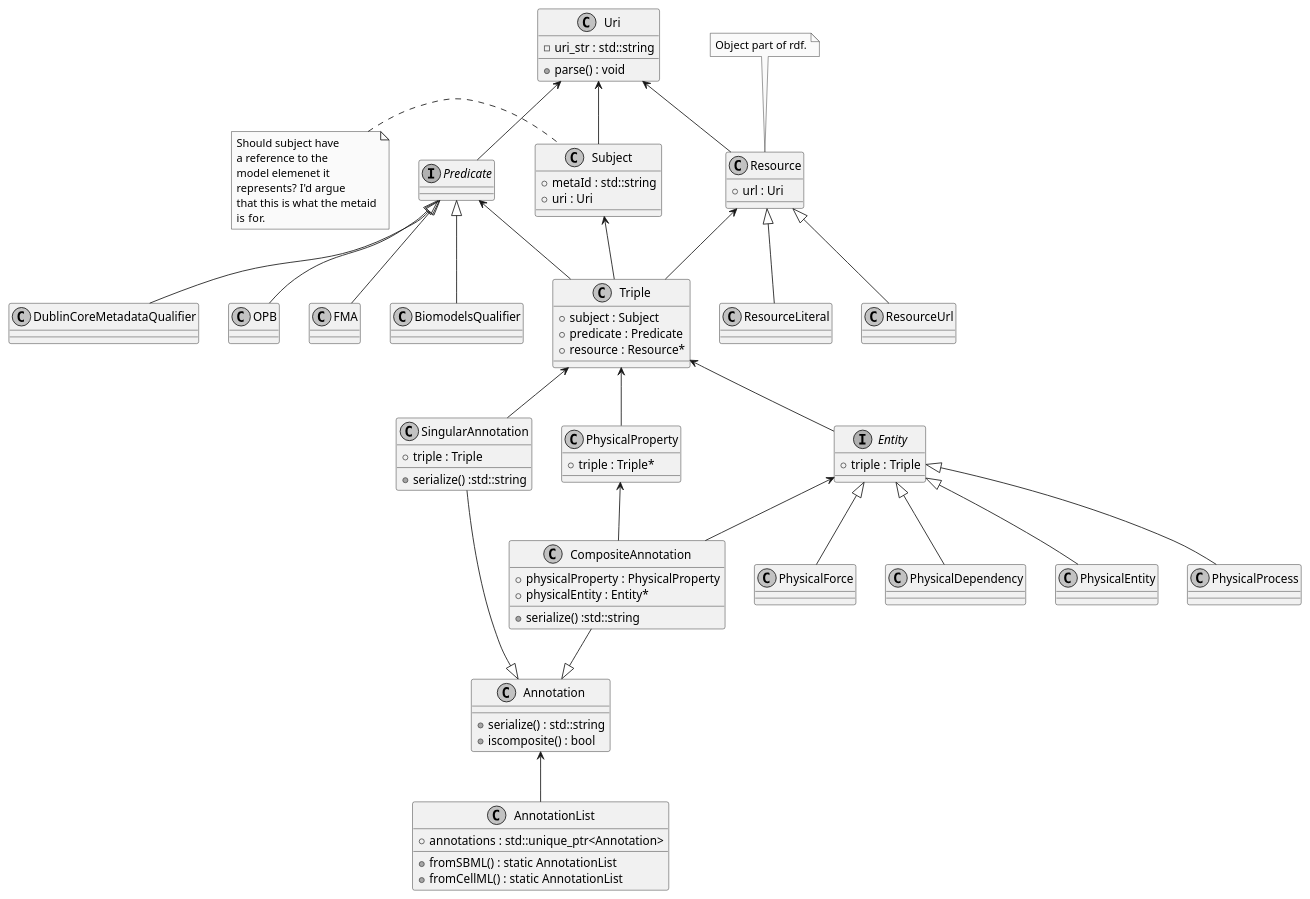
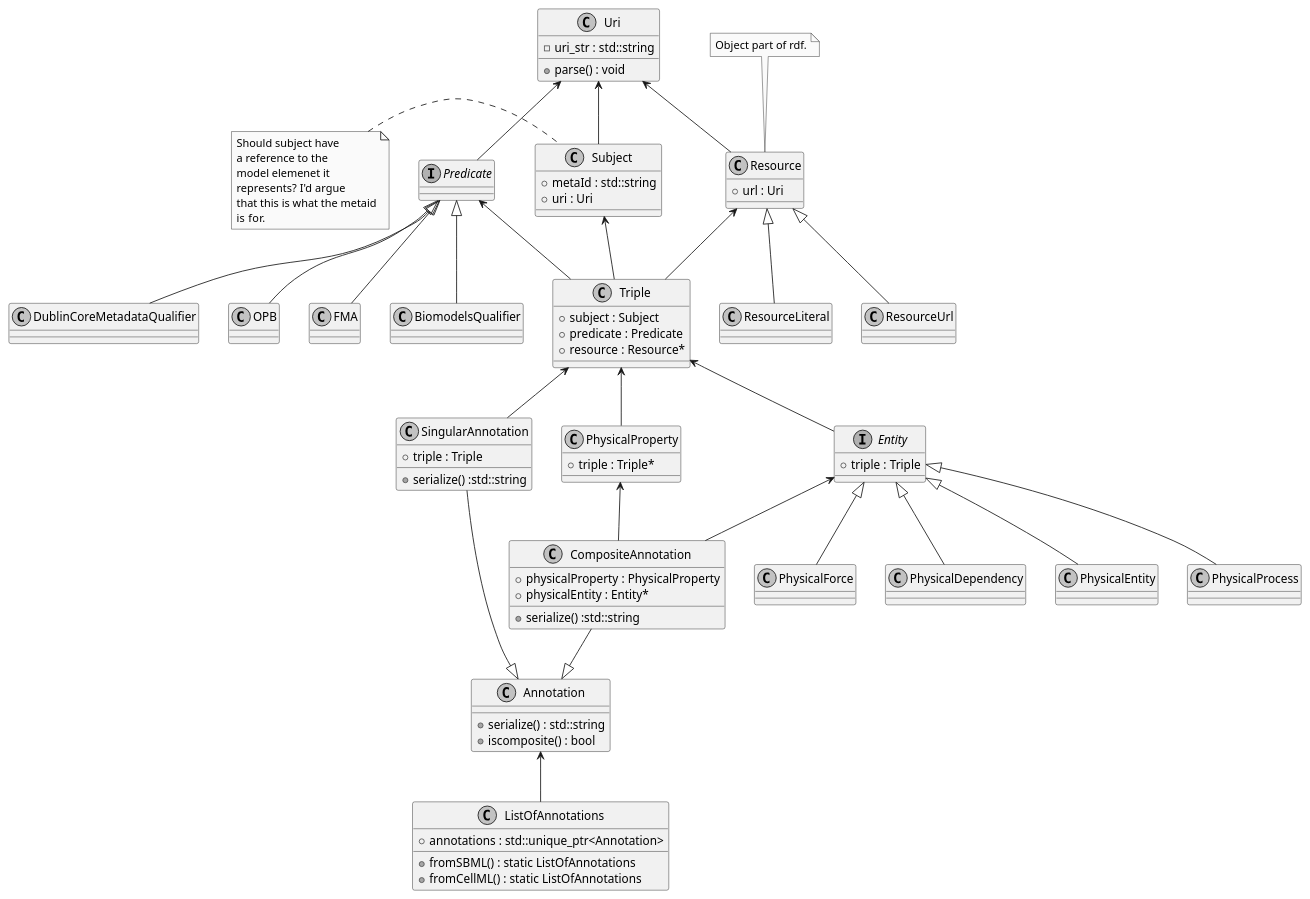
One commit to sys-bio/libOmexMeta changed the diagram in Design/CiaransDesign.puml. Above: the diagram before and after it, drawn with PlantUML. The commit also changed 94 other files, not shown here.

```diff
--- a/Design/CiaransDesign.puml
+++ b/Design/CiaransDesign.puml
@@ -1,163 +1,163 @@
 @startuml
 skinparam monochrome true
 
 'Base class for all annotations
 class Annotation {
     + serialize() : std::string
     + iscomposite() : bool
 }
 'Q) Conceptually, could we use an isa relationshop between singular annotation and Triple?
 
 'Should these be strings??
 'each attribute here should themselves be an annotation unit?
 'class ModelLevelAnnotation {
 '    + pubmedID : Triple
 '    + author : Triple
 '    + description : Triple
 '}
 '
 'Triple <-- ModelLevelAnnotation
 'SingularAnnotation <|-- ModelLevelAnnotation
 
 class SingularAnnotation {
     + triple : Triple
     + serialize() :std::string
 }
 
 'Not sure what type the physicalEntity / physicalProperty should have.
 'Not sure what the physicalEntity should be called.
 'From section 2.27 of omex metadata spec: physical entity, process, force or dependency that bears the physical property.
 class CompositeAnnotation {
     + physicalProperty : PhysicalProperty
     + physicalEntity : Entity*
     + serialize() :std::string
 }
 
 SingularAnnotation --|> Annotation
 CompositeAnnotation --|> Annotation
 Triple <-- SingularAnnotation
 
 
 'Its possible this may serve as feedback for Max's document. The way its currently
 'structured, leads us to think model level, semantic, non-semantic and composite
 'annotations are separate types of annotation. Is this the case? Or are model level
 'annotations also singular/composite annotations? From this document, the relationship
 'between these types of annotation are not completly clear
 
 'AnnotationBase <|-- SingularAnnotation
 'AnnotationBase <|-- CompositeAnnotation
 
 'Should there be some kind of interface to the identifiers.org website?
 class Uri {
     - uri_str : std::string
     + parse() : void
 }
 
 class Subject {
     + metaId : std::string
     + uri : Uri
 }
 note left of Subject
     Should subject have
     a reference to the
     model elemenet it
     represents? I'd argue
     that this is what the metaid
     is for.
 end note
 
 interface Predicate {}
 
 class Resource {
     + url : Uri
 }
 
 class ResourceUrl {}
 
 class ResourceLiteral {}
 
 Resource <|-- ResourceUrl
 Resource <|-- ResourceLiteral
 
 note top of Resource
     Object part of rdf.
 end note
 
 
 class Triple {
     + subject : Subject
     + predicate : Predicate
     + resource : Resource*
 }
 
 Subject <-- Triple
 Predicate <-- Triple
 Resource <-- Triple
 
 
 Uri <-- Subject
 Uri <-- Predicate
 Uri <-- Resource
 
 'Triple <-- AnnotationBase
 
 class BiomodelsQualifier {
 
 }
 
 class DublinCoreMetadataQualifier {
 
 }
 
 class OPB {
 
 }
 
 class FMA {
 
 }
 
 Predicate <|-- BiomodelsQualifier
 Predicate <|-- DublinCoreMetadataQualifier
 Predicate <|-- OPB
 Predicate <|-- FMA
 
 
 
 class PhysicalProperty {
     + triple : Triple*
 }
 Triple <-- PhysicalProperty
 
 interface Entity {
     + triple : Triple
 }
 Triple <-- Entity
 
 class PhysicalEntity {}
 class PhysicalProcess {}
 class PhysicalForce {}
 class PhysicalDependency {}
 
 Entity <|-- PhysicalEntity
 Entity <|-- PhysicalProcess
 Entity <|-- PhysicalForce
 Entity <|-- PhysicalDependency
 
 Entity <-- CompositeAnnotation
 PhysicalProperty <-- CompositeAnnotation
 
 
-class AnnotationList {
+class ListOfAnnotations {
     + annotations : std::unique_ptr<Annotation>
-    + fromSBML() : static AnnotationList
-    + fromCellML() : static AnnotationList
+    + fromSBML() : static ListOfAnnotations
+    + fromCellML() : static ListOfAnnotations
 }
 
-Annotation <-- AnnotationList
+Annotation <-- ListOfAnnotations
 
 
 
 
 
 @enduml
```
